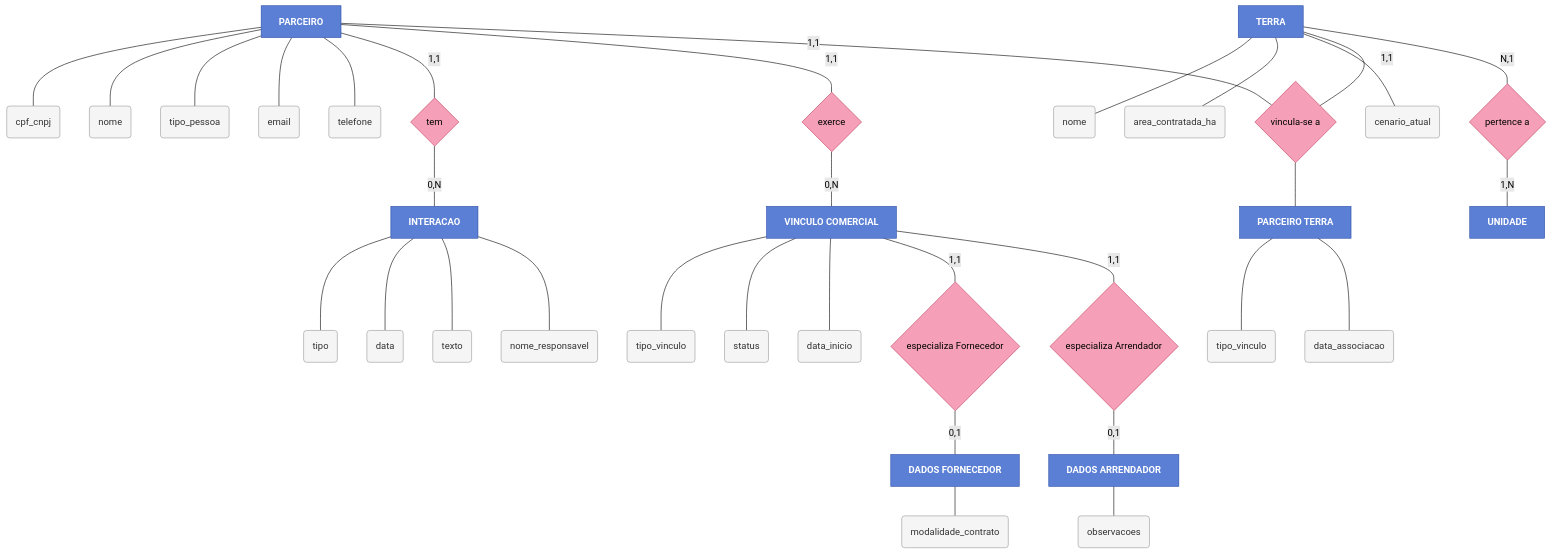
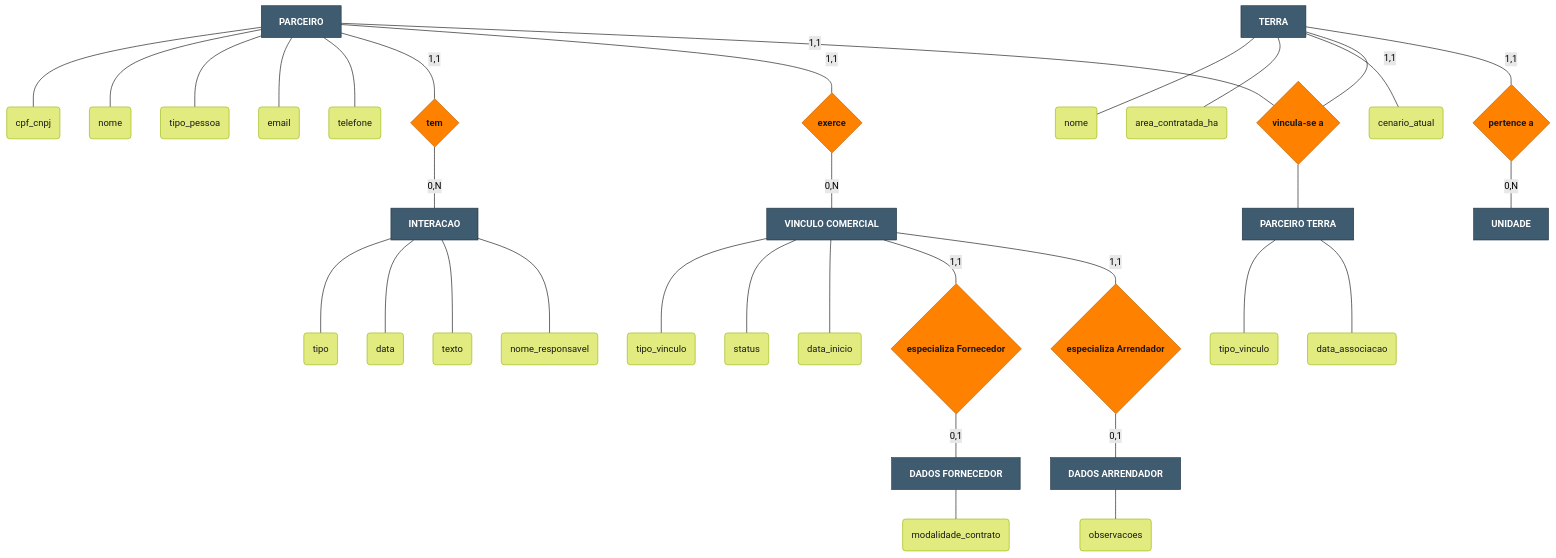
Before and after one commit to williamjrmaia/M-dulo-2---Aplica-o-Web-Atvos-: the first of 3 diagrams in documentos/wad.md, drawn with Mermaid (forest theme). The commit also changed other lines of this file, not shown here.

````diff
--- a/documentos/wad.md
+++ b/documentos/wad.md
@@ -941,76 +941,76 @@
 ```mermaid
 flowchart TB
-    classDef entity fill:#5B7FD4,stroke:#2c4fa8,color:#fff,font-weight:bold
-    classDef rel fill:#F5A0B8,stroke:#c04060
-    classDef attr fill:#f5f5f5,stroke:#999,color:#333
+    classDef entity fill:#3F5B70,stroke:#1e3040,color:#fff,font-weight:bold
+    classDef rel fill:#FF8100,stroke:#b35a00,color:#1a1a1a,font-weight:bold
+    classDef attr fill:#E1EB80,stroke:#96B400,color:#1a1a1a
 
     PARC[PARCEIRO]:::entity
     INTER[INTERACAO]:::entity
     VINC[VINCULO COMERCIAL]:::entity
     DFORN[DADOS FORNECEDOR]:::entity
     DARR[DADOS ARRENDADOR]:::entity
     TERR[TERRA]:::entity
     PT[PARCEIRO TERRA]:::entity
     UNID[UNIDADE]:::entity
 
     p1(cpf_cnpj):::attr
     p2(nome):::attr
     p3(tipo_pessoa):::attr
     p4(email):::attr
     p5(telefone):::attr
     PARC --- p1
     PARC --- p2
     PARC --- p3
     PARC --- p4
     PARC --- p5
 
     i1(tipo):::attr
     i2(data):::attr
     i3(texto):::attr
     i4(nome_responsavel):::attr
     INTER --- i1
     INTER --- i2
     INTER --- i3
     INTER --- i4
 
     v1(tipo_vinculo):::attr
     v2(status):::attr
     v3(data_inicio):::attr
     VINC --- v1
     VINC --- v2
     VINC --- v3
 
     df1(modalidade_contrato):::attr
     DFORN --- df1
 
     da1(observacoes):::attr
     DARR --- da1
 
     t1(nome):::attr
     t2(area_contratada_ha):::attr
     t3(cenario_atual):::attr
     TERR --- t1
     TERR --- t2
     TERR --- t3
 
     pt1(tipo_vinculo):::attr
     pt2(data_associacao):::attr
     PT --- pt1
     PT --- pt2
 
     Rtem{tem}:::rel
     Rexerce{exerce}:::rel
     Resforn{especializa Fornecedor}:::rel
     Resarr{especializa Arrendador}:::rel
     Rvinc{vincula-se a}:::rel
     Rpert{pertence a}:::rel
 
     PARC -- "1,1" --- Rtem -- "0,N" --- INTER
     PARC -- "1,1" --- Rexerce -- "0,N" --- VINC
     VINC -- "1,1" --- Resforn -- "0,1" --- DFORN
     VINC -- "1,1" --- Resarr -- "0,1" --- DARR
     PARC -- "1,1" --- Rvinc
     TERR -- "1,1" --- Rvinc
     Rvinc --- PT
-    TERR -- "N,1" --- Rpert -- "1,N" --- UNID
+    TERR -- "1,1" --- Rpert -- "0,N" --- UNID
 ```
````
